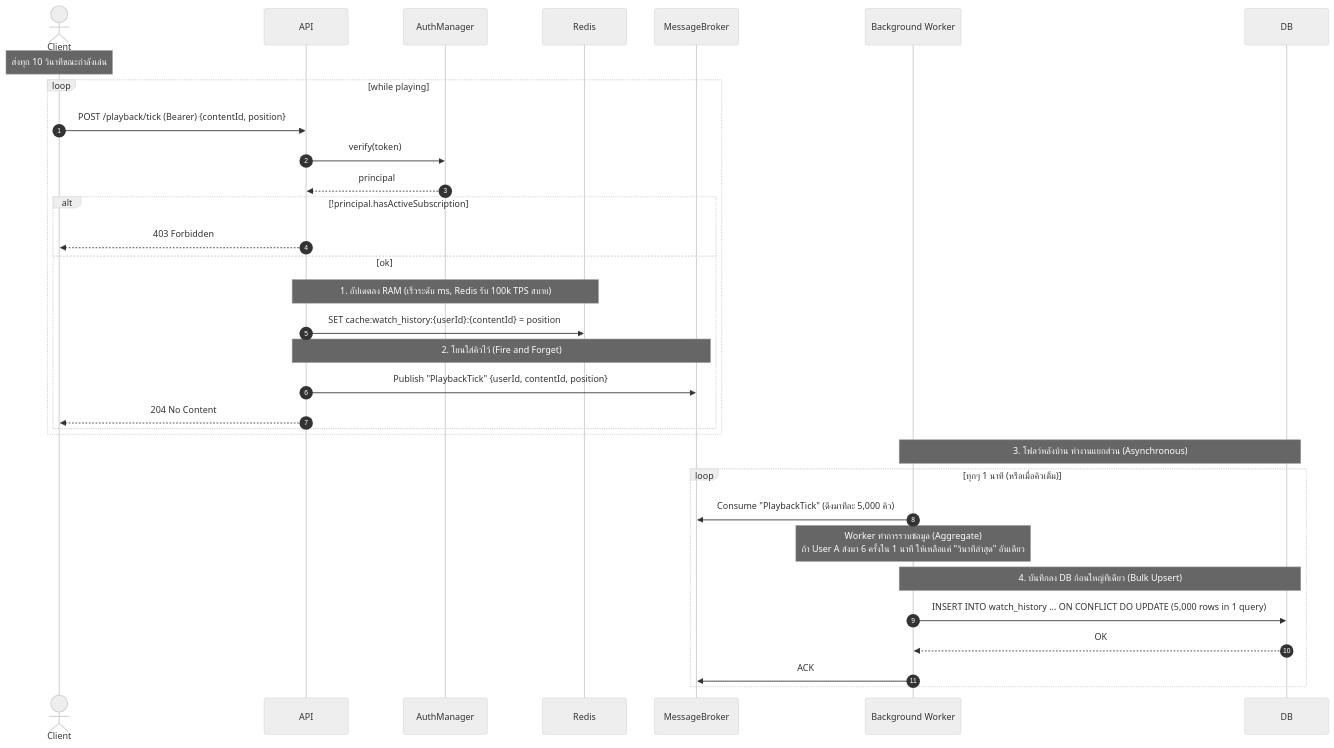
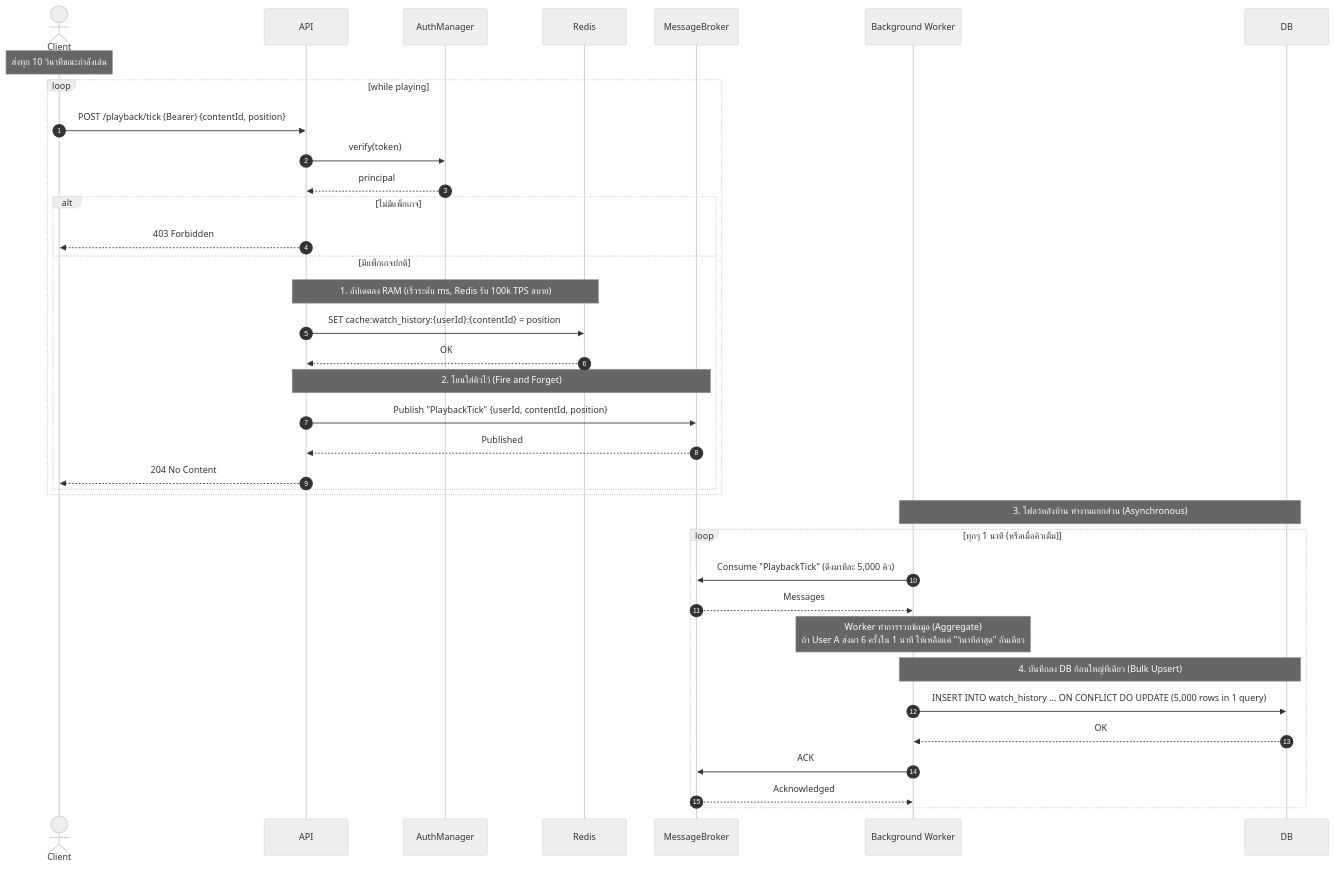
The first of 4 diagrams in doc/sequence_05_playback.md (Bank-e/Music-Video-Streaming-Subscription-System), drawn with Mermaid (neutral theme) before and after one commit. The commit also changed other lines of this file and 3 other files, not shown here.

Commit message:
docs: update sequence diagrams and add high level architecture

````diff
--- a/doc/sequence_05_playback.md
+++ b/doc/sequence_05_playback.md
@@ -5,42 +5,46 @@
 ```mermaid
 sequenceDiagram
     autonumber
     actor Client
     participant API
     participant AM as AuthManager
     participant Cache as Redis
     participant MQ as MessageBroker
     participant Worker as Background Worker
     participant DB
 
     Note over Client: ส่งทุก 10 วินาทีขณะกำลังเล่น
     loop while playing
         Client->>API: POST /playback/tick (Bearer) {contentId, position}
         API->>AM: verify(token)
         AM-->>API: principal
 
-        alt !principal.hasActiveSubscription
+        alt ไม่มีแพ็กเกจ
             API-->>Client: 403 Forbidden
-        else ok
+        else มีแพ็กเกจปกติ
             Note over API,Cache: 1. อัปเดตลง RAM (เร็วระดับ ms, Redis รับ 100k TPS สบาย)
             API->>Cache: SET cache:watch_history:{userId}:{contentId} = position
+            Cache-->>API: OK
 
             Note over API,MQ: 2. โยนใส่คิวไว้ (Fire and Forget)
             API->>MQ: Publish "PlaybackTick" {userId, contentId, position}
+            MQ-->>API: Published
 
             API-->>Client: 204 No Content
         end
     end
 
     Note over Worker,DB: 3. โฟลว์หลังบ้าน ทำงานแยกส่วน (Asynchronous)
     loop ทุกๆ 1 นาที (หรือเมื่อคิวเต็ม)
         Worker->>MQ: Consume "PlaybackTick" (ดึงมาทีละ 5,000 คิว)
-
+        MQ-->>Worker: Messages
         Note over Worker: Worker ทำการรวบข้อมูล (Aggregate)<br/>ถ้า User A ส่งมา 6 ครั้งใน 1 นาที ให้เหลือแค่ "วินาทีล่าสุด" อันเดียว
 
         Note over Worker,DB: 4. บันทึกลง DB ก้อนใหญ่ทีเดียว (Bulk Upsert)
         Worker->>DB: INSERT INTO watch_history ... ON CONFLICT DO UPDATE (5,000 rows in 1 query)
         DB-->>Worker: OK
+
         Worker->>MQ: ACK
+        MQ-->>Worker: Acknowledged
     end
 ```
````
